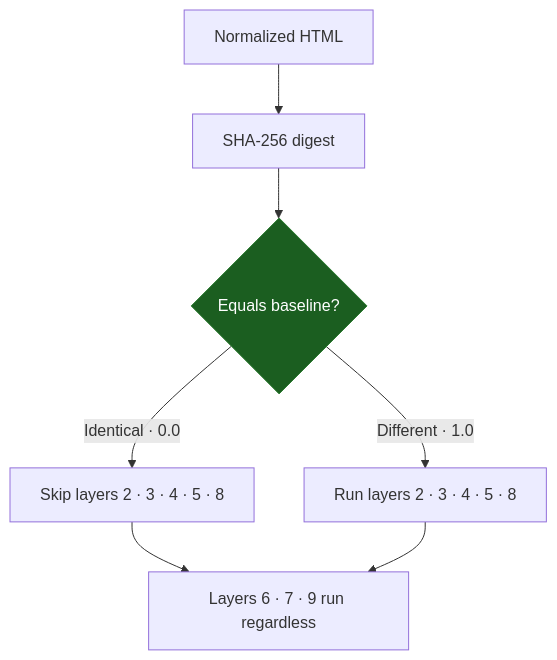
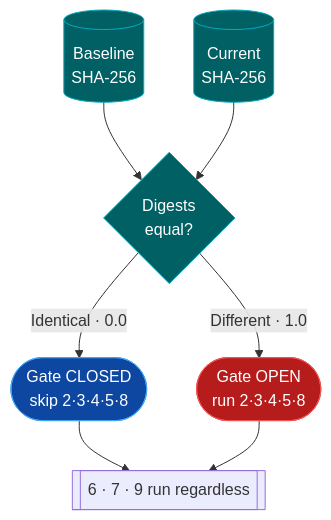
The diagram in docs/layers/1-content-hash.mdx (Ns81000/WARDRESS), drawn with Mermaid before and after one commit. The commit also changed 10 other files, not shown here.

Commit message:
docs: add comprehensive documentation for the Wardress detection layers and system architecture.

````diff
--- a/docs/layers/1-content-hash.mdx
+++ b/docs/layers/1-content-hash.mdx
@@ -57,12 +57,16 @@
 ```mermaid
-flowchart TB
-    H[Normalized HTML] --> D[SHA-256 digest]
-    D --> C{Equals baseline?}
-    C -->|Identical · 0.0| SKIP[Skip layers 2 · 3 · 4 · 5 · 8]
-    C -->|Different · 1.0| RUN[Run layers 2 · 3 · 4 · 5 · 8]
-    SKIP --> ALWAYS[Layers 6 · 7 · 9 run regardless]
-    RUN --> ALWAYS
+flowchart TD
+    B[("Baseline<br/>SHA-256")]:::src
+    C[("Current<br/>SHA-256")]:::src
+    B --> EQ{"Digests<br/>equal?"}
+    C --> EQ
+    EQ -->|"Identical · 0.0"| SKIP(["Gate CLOSED<br/>skip 2·3·4·5·8"]):::cool
+    EQ -->|"Different · 1.0"| RUN(["Gate OPEN<br/>run 2·3·4·5·8"]):::hot
+    SKIP --> ALW[["6 · 7 · 9 run regardless"]]
+    RUN --> ALW
 
-    classDef gate fill:#1b5e20,stroke:#2e7d32,color:#fff;
-    class C gate;
+    classDef src fill:#006064,stroke:#00acc1,color:#fff;
+    classDef cool fill:#0d47a1,stroke:#42a5f5,color:#fff;
+    classDef hot fill:#b71c1c,stroke:#ef5350,color:#fff;
+    class EQ src;
 ```
````
